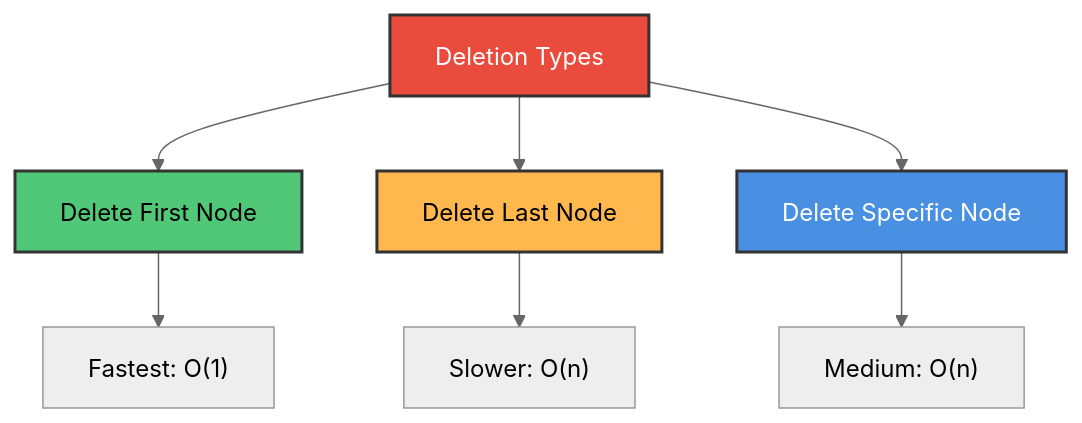
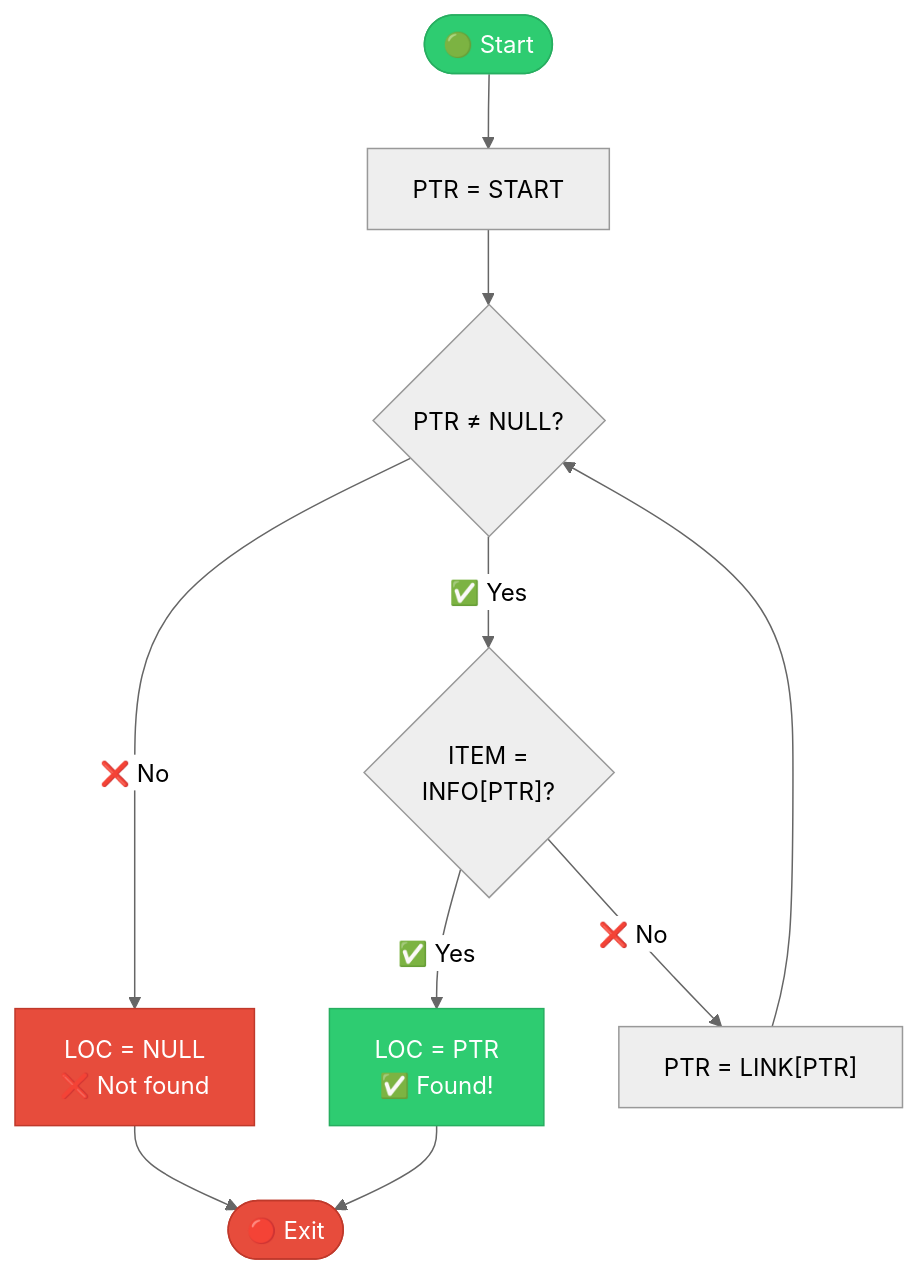
One commit to M-F-Tushar/CSE-2101-Data-Structure changed the ninth of 27 diagrams in Chapter 5 - Linked Lists/README.md. Above: the diagram before and after it, drawn with Mermaid (neutral theme). The commit also changed other lines of this file, not shown here.

````diff
--- a/Chapter 5 - Linked Lists/README.md
+++ b/Chapter 5 - Linked Lists/README.md
@@ -600,15 +339,17 @@
 ```mermaid
-graph TD
-    A["Deletion Types"] --> B["Delete First Node"]
-    A --> C["Delete Last Node"]
-    A --> D["Delete Specific Node"]
+flowchart TD
+    START([🟢 Start]) --> INIT["PTR = START"]
+    INIT --> CHECK{"PTR ≠ NULL?"}
+    CHECK -->|❌ No| NOTFOUND["LOC = NULL<br/>❌ Not found"]
+    NOTFOUND --> EXIT([🔴 Exit])
+    CHECK -->|✅ Yes| COMPARE{"ITEM =<br/>INFO[PTR]?"}
+    COMPARE -->|✅ Yes| FOUND["LOC = PTR<br/>✅ Found!"]
+    FOUND --> EXIT
+    COMPARE -->|❌ No| MOVE["PTR = LINK[PTR]"]
+    MOVE --> CHECK
     
-    B --> B1["Fastest: O(1)"]
-    C --> C1["Slower: O(n)"]
-    D --> D1["Medium: O(n)"]
-    
-    style A fill:#E94B3C,stroke:#333,stroke-width:2px,color:#fff
-    style B fill:#50C878,stroke:#333,stroke-width:2px,color:#000
-    style C fill:#FFB84D,stroke:#333,stroke-width:2px,color:#000
-    style D fill:#4A90E2,stroke:#333,stroke-width:2px,color:#fff
+    style START fill:#2ecc71,stroke:#27ae60,color:#fff
+    style EXIT fill:#e74c3c,stroke:#c0392b,color:#fff
+    style FOUND fill:#2ecc71,stroke:#27ae60,color:#fff
+    style NOTFOUND fill:#e74c3c,stroke:#c0392b,color:#fff
 ```
````
